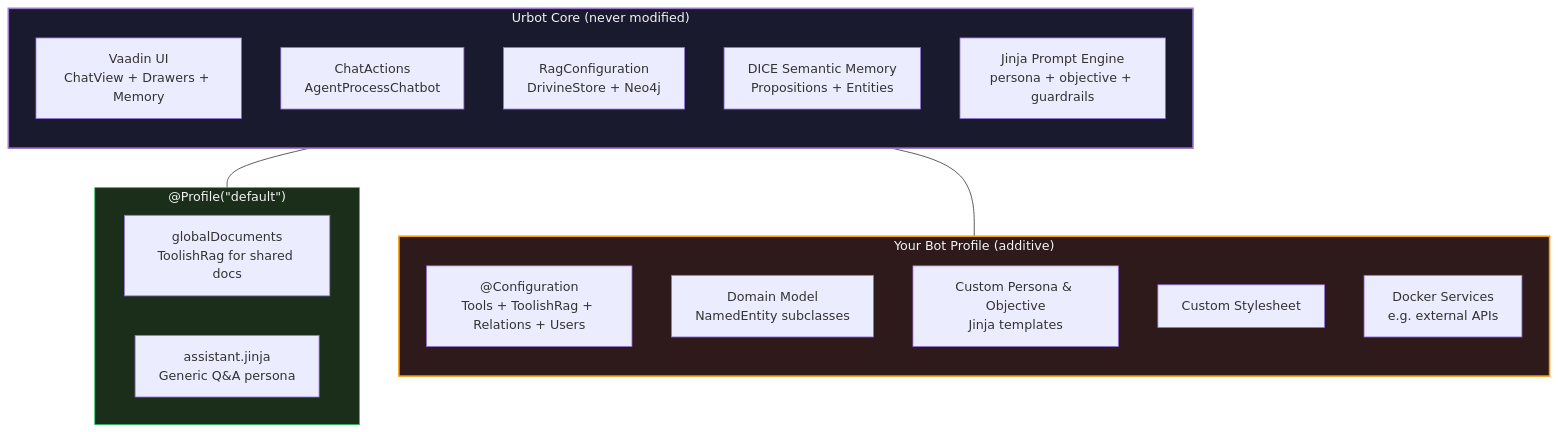
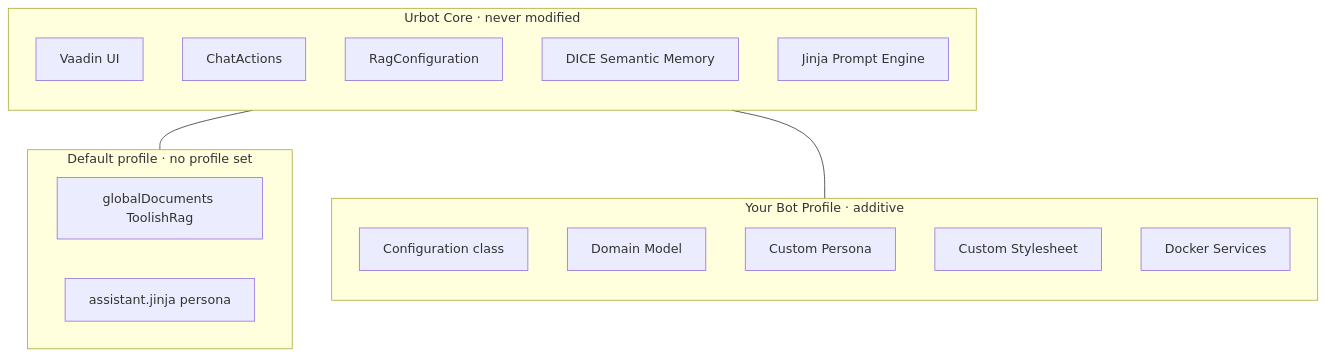
One commit to embabel/urbot changed the third of 3 diagrams in README.md. Above: the diagram before and after it, drawn with Mermaid. The commit also changed other lines of this file, not shown here.

Commit message:
Improve readme

````diff
--- a/README.md
+++ b/README.md
@@ -173,32 +173,28 @@
 ```mermaid
 graph TB
-    subgraph Core["Urbot Core (never modified)"]
+    subgraph Core["Urbot Core · never modified"]
         direction TB
-        UI["Vaadin UI\nChatView + Drawers + Memory"]
-        Chat["ChatActions\nAgentProcessChatbot"]
-        RAG["RagConfiguration\nDrivineStore + Neo4j"]
-        Memory["DICE Semantic Memory\nPropositions + Entities"]
-        Prompts["Jinja Prompt Engine\npersona + objective + guardrails"]
+        UI["Vaadin UI"]
+        Chat["ChatActions"]
+        RAG["RagConfiguration"]
+        Memory["DICE Semantic Memory"]
+        Prompts["Jinja Prompt Engine"]
     end
 
-    subgraph Default["@Profile(&quot;default&quot;)"]
-        DefRAG["globalDocuments\nToolishRag for shared docs"]
-        DefPersona["assistant.jinja\nGeneric Q&A persona"]
+    subgraph Default["Default profile · no profile set"]
+        DefRAG["globalDocuments ToolishRag"]
+        DefPersona["assistant.jinja persona"]
     end
 
-    subgraph Custom["Your Bot Profile (additive)"]
+    subgraph Custom["Your Bot Profile · additive"]
         direction TB
-        Config["@Configuration\nTools + ToolishRag + Relations + Users"]
-        Domain["Domain Model\nNamedEntity subclasses"]
-        BotPersona["Custom Persona & Objective\nJinja templates"]
+        Config["Configuration class"]
+        Domain["Domain Model"]
+        BotPersona["Custom Persona"]
         Style["Custom Stylesheet"]
-        Docker["Docker Services\ne.g. external APIs"]
+        Docker["Docker Services"]
     end
 
     Core --- Default
     Core --- Custom
-
-    style Core fill:#1a1a2e,stroke:#9f77cd,stroke-width:2px,color:#f4f4f4
-    style Default fill:#1a2e1a,stroke:#22c55e,stroke-width:1px,color:#f4f4f4
-    style Custom fill:#2e1a1a,stroke:#f59e0b,stroke-width:2px,color:#f4f4f4
 ```
````
